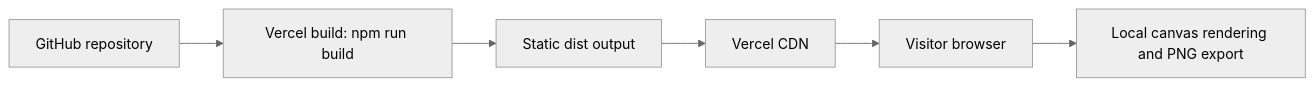
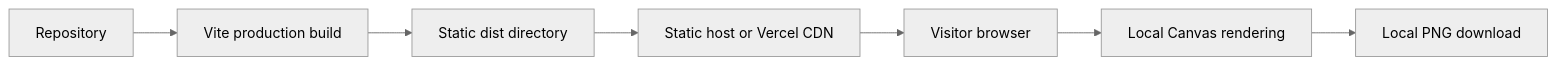
One commit to ajitha3008/EditableFlyerOpenHouse changed the second of 2 diagrams in docs/TECHNICAL_ARCHITECTURE.md. Above: the diagram before and after it, drawn with Mermaid (neutral theme). The commit also changed other lines of this file and 4 other files, not shown here.

````diff
--- a/docs/TECHNICAL_ARCHITECTURE.md
+++ b/docs/TECHNICAL_ARCHITECTURE.md
@@ -213,8 +265,9 @@
 ```mermaid
 flowchart LR
-    Repo[GitHub repository] --> Build[Vercel build: npm run build]
-    Build --> Static[Static dist output]
-    Static --> CDN[Vercel CDN]
+    Repo[Repository] --> Build[Vite production build]
+    Build --> Dist[Static dist directory]
+    Dist --> CDN[Static host or Vercel CDN]
     CDN --> Browser[Visitor browser]
-    Browser --> Local[Local canvas rendering and PNG export]
+    Browser --> Canvas[Local Canvas rendering]
+    Canvas --> PNG[Local PNG download]
 ```
````
